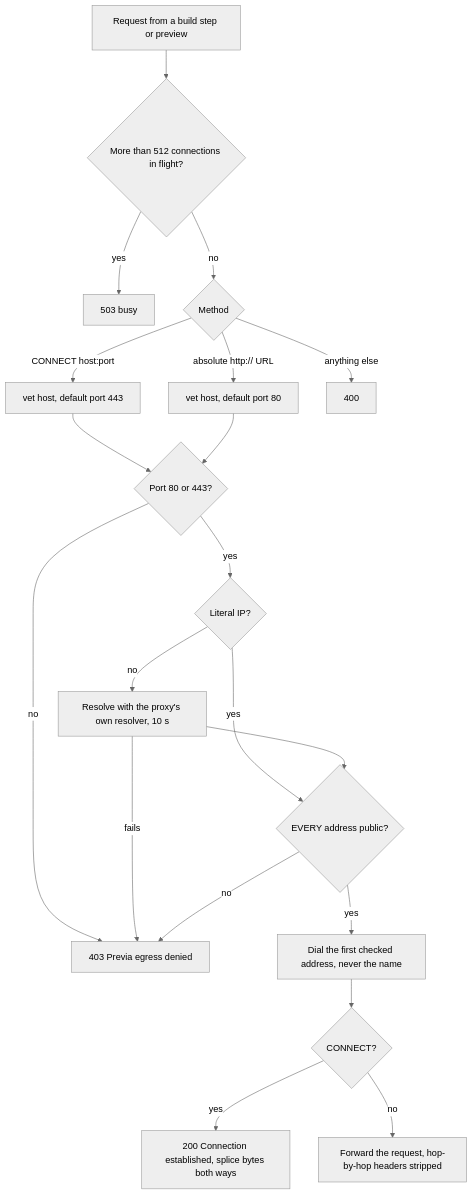
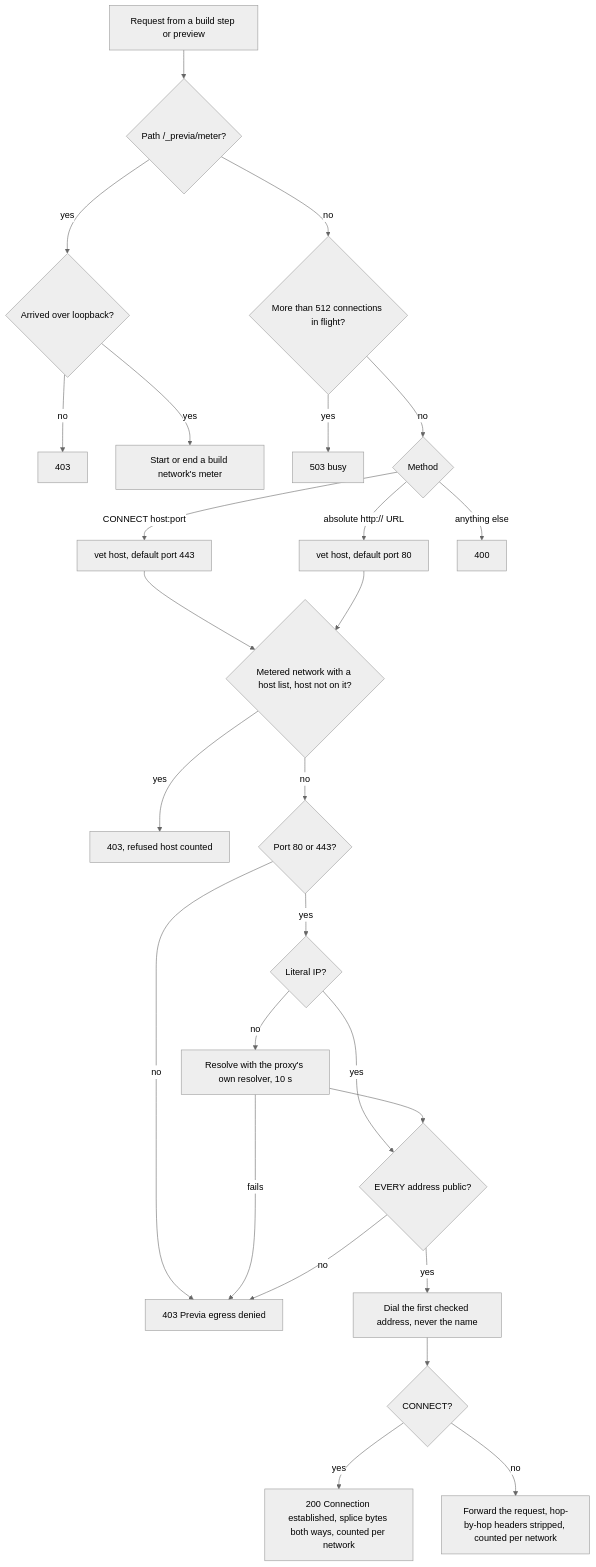
Before and after one commit to ajaykathwate/Previa: diagram 22 of 44 in technical-docs/inside-previa.md, drawn with Mermaid (neutral theme). The commit also changed other lines of this file and 19 other files, not shown here.

````diff
--- a/technical-docs/inside-previa.md
+++ b/technical-docs/inside-previa.md
@@ -1481,22 +1578,28 @@
 ```mermaid
 flowchart TD
-    A[Request from a build step or preview] --> B{More than 512 connections in flight?}
+    A[Request from a build step or preview] --> A1{Path /_previa/meter?}
+    A1 -- yes --> A2{Arrived over loopback?}
+    A2 -- no --> X0[403]
+    A2 -- yes --> A3[Start or end a build network's meter]
+    A1 -- no --> B{More than 512 connections in flight?}
     B -- yes --> B1[503 busy]
     B -- no --> C{Method}
     C -- CONNECT host:port --> D[vet host, default port 443]
     C -- absolute http:// URL --> D2[vet host, default port 80]
     C -- anything else --> C1[400]
-    D --> E{Port 80 or 443?}
-    D2 --> E
+    D --> M{Metered network with a host list, host not on it?}
+    D2 --> M
+    M -- yes --> X1[403, refused host counted]
+    M -- no --> E{Port 80 or 443?}
     E -- no --> X[403 Previa egress denied]
     E -- yes --> F{Literal IP?}
     F -- yes --> H
     F -- no --> G[Resolve with the proxy's own resolver, 10 s]
     G -- fails --> X
     G --> H{EVERY address public?}
     H -- no --> X
     H -- yes --> I[Dial the first checked address, never the name]
     I --> J{CONNECT?}
-    J -- yes --> K[200 Connection established, splice bytes both ways]
-    J -- no --> L[Forward the request, hop-by-hop headers stripped]
+    J -- yes --> K[200 Connection established, splice bytes both ways, counted per network]
+    J -- no --> L[Forward the request, hop-by-hop headers stripped, counted per network]
 ```
````
